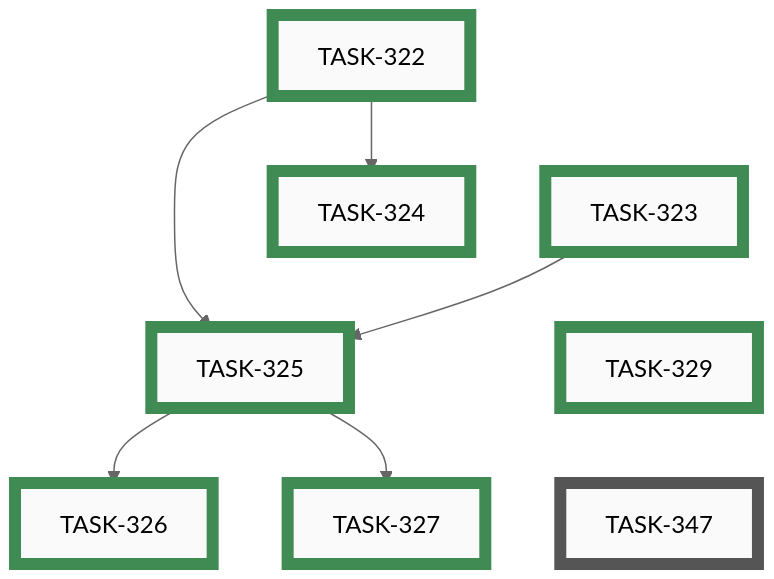
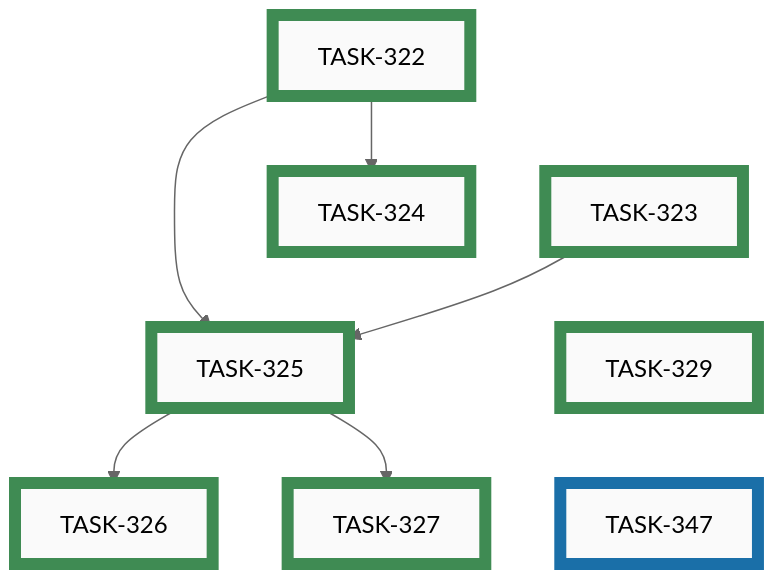
One commit to tgd1975/AwesomeStudioPedal changed the seventh of 10 diagrams in docs/developers/tasks/EPICS.md. Above: the diagram before and after it, drawn with Mermaid (neutral theme). The commit also changed other lines of this file and 3 other files, not shown here.

````diff
--- a/docs/developers/tasks/EPICS.md
+++ b/docs/developers/tasks/EPICS.md
@@ -245,33 +245,33 @@
 ```mermaid
 graph TD
-    TASK_347["TASK-347"]:::open
+    TASK_347["TASK-347"]:::active
     TASK_322["TASK-322"]:::closed
     TASK_323["TASK-323"]:::closed
     TASK_324["TASK-324"]:::closed
     TASK_325["TASK-325"]:::closed
     TASK_326["TASK-326"]:::closed
     TASK_327["TASK-327"]:::closed
     TASK_329["TASK-329"]:::closed
     TASK_322 --> TASK_324
     TASK_322 --> TASK_325
     TASK_323 --> TASK_325
     TASK_325 --> TASK_326
     TASK_325 --> TASK_327
     TASK_322 ~~~ TASK_323 ~~~ TASK_329 ~~~ TASK_347
-    click TASK_347 "open/task-347-fix-commit-rename-and-deletion-handling.md"
+    click TASK_347 "active/task-347-fix-commit-rename-and-deletion-handling.md"
     click TASK_322 "closed/task-322-decide-commit-provenance-and-bypass-mechanism.md"
     click TASK_323 "closed/task-323-convert-commit-skill-to-pathspec-form.md"
     click TASK_324 "closed/task-324-update-claudemd-and-add-commit-policy-page.md"
     click TASK_325 "closed/task-325-implement-precommit-hook-enforcement.md"
     click TASK_326 "closed/task-326-route-other-commit-skills-through-commit.md"
     click TASK_327 "closed/task-327-decide-partial-hunk-policy.md"
     click TASK_329 "closed/task-329-drop-auto-git-add-from-commit-pathspec.md"
     classDef open    fill:#FAFAFA,stroke:#555,stroke-width:8px,color:#000
     classDef active  fill:#FAFAFA,stroke:#1A6FA8,stroke-width:8px,color:#000
     classDef closed  fill:#FAFAFA,stroke:#3F8B53,stroke-width:8px,color:#000
     classDef paused  fill:#FAFAFA,stroke:#B07810,stroke-width:8px,color:#000
     classDef openExt    fill:#000,stroke:#888,stroke-width:8px,color:#FFF
     classDef activeExt  fill:#000,stroke:#3FA9F5,stroke-width:8px,color:#FFF
     classDef closedExt  fill:#000,stroke:#7CC68A,stroke-width:8px,color:#FFF
     classDef pausedExt  fill:#000,stroke:#F0B030,stroke-width:8px,color:#FFF
 ```
````
